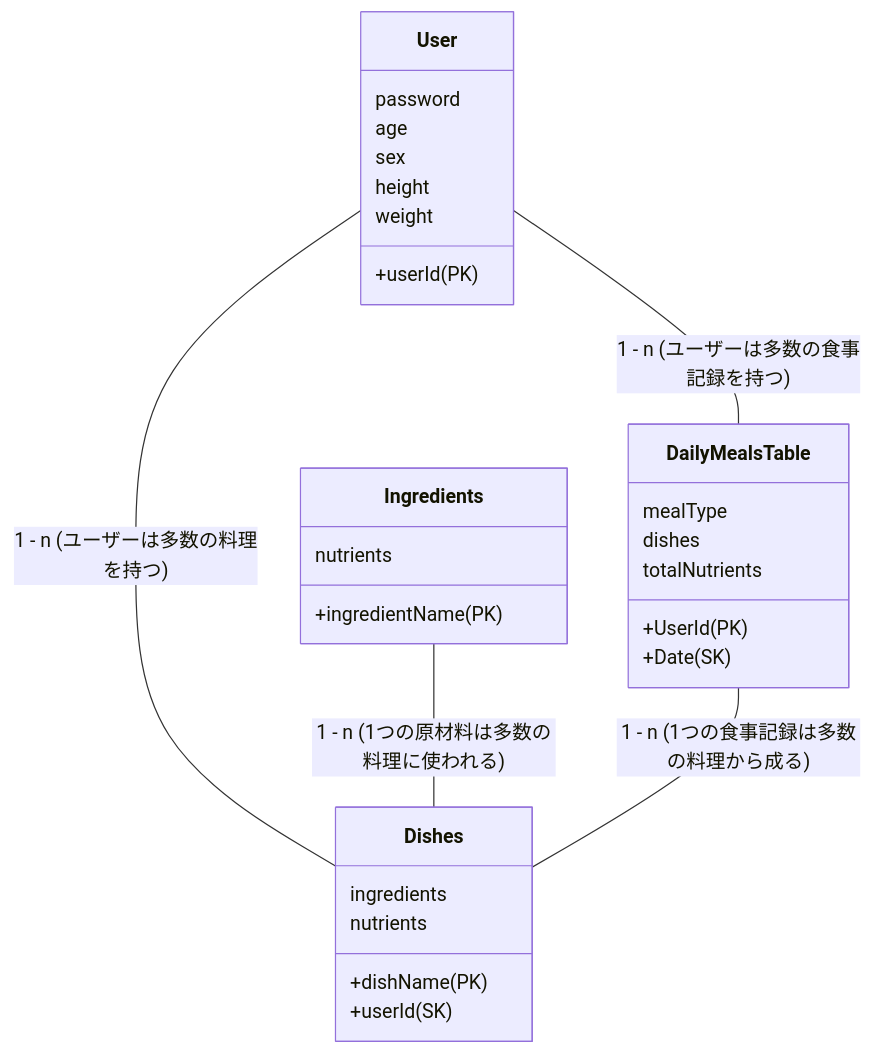
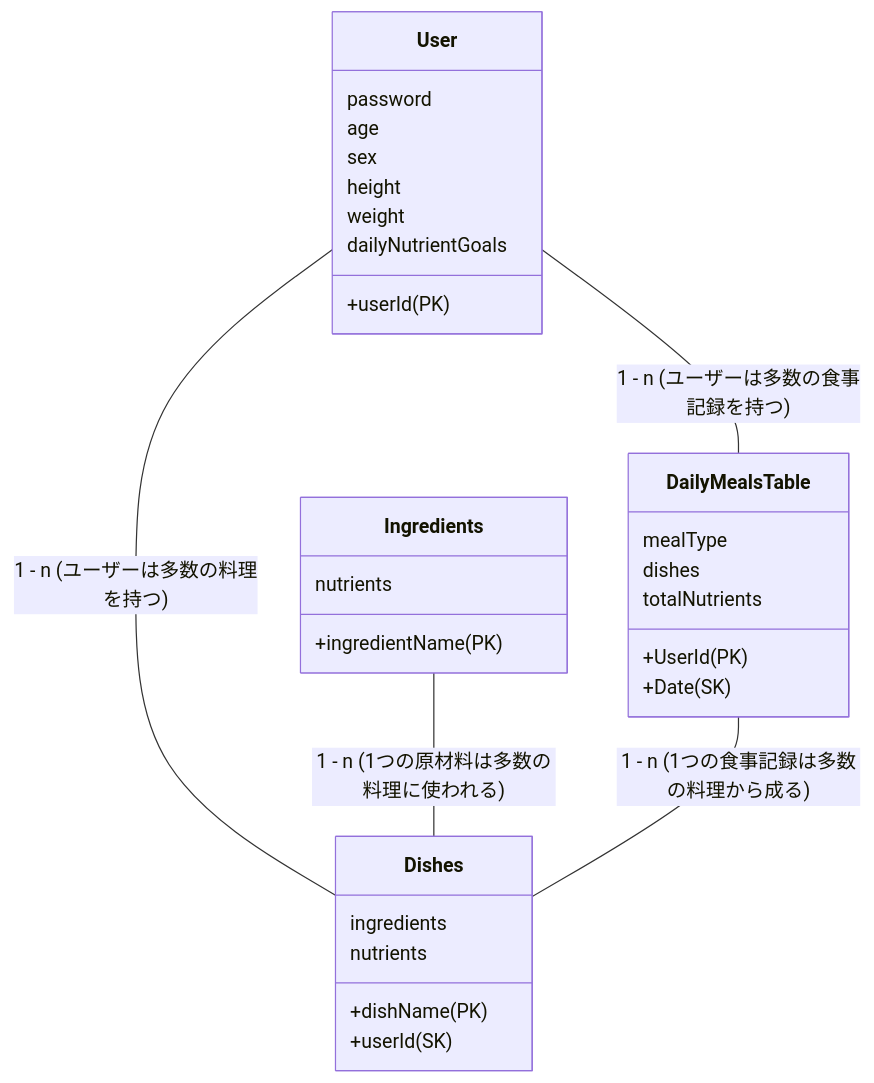
One commit to taichi-126/mti-inter changed the diagram in README.md. Above: the diagram before and after it, drawn with Mermaid. The commit also changed other lines of this file, not shown here.

````diff
--- a/README.md
+++ b/README.md
@@ -7,37 +7,38 @@
 ```mermaid
 classDiagram
     User -- DailyMealsTable : 1 - n (ユーザーは多数の食事記録を持つ)
     User -- Dishes : 1 - n (ユーザーは多数の料理を持つ)
     Ingredients -- Dishes : 1 - n (1つの原材料は多数の料理に使われる)
     DailyMealsTable -- Dishes : 1 - n (1つの食事記録は多数の料理から成る)
 
     class User {
         +userId (PK)
         password
         age
         sex
         height
 　　　　　　　　　　　　　　　　weight
+        dailyNutrientGoals
     }
 
     class Dishes {
         +dishName (PK)
         +userId (SK)
         ingredients
         nutrients
     }
 
     class DailyMealsTable {
         +UserId (PK)
         +Date (SK)
         mealType
         dishes
         totalNutrients
     }
 
     class Ingredients {
         +ingredientName (PK)
         nutrients
     }
 
 ```
````
